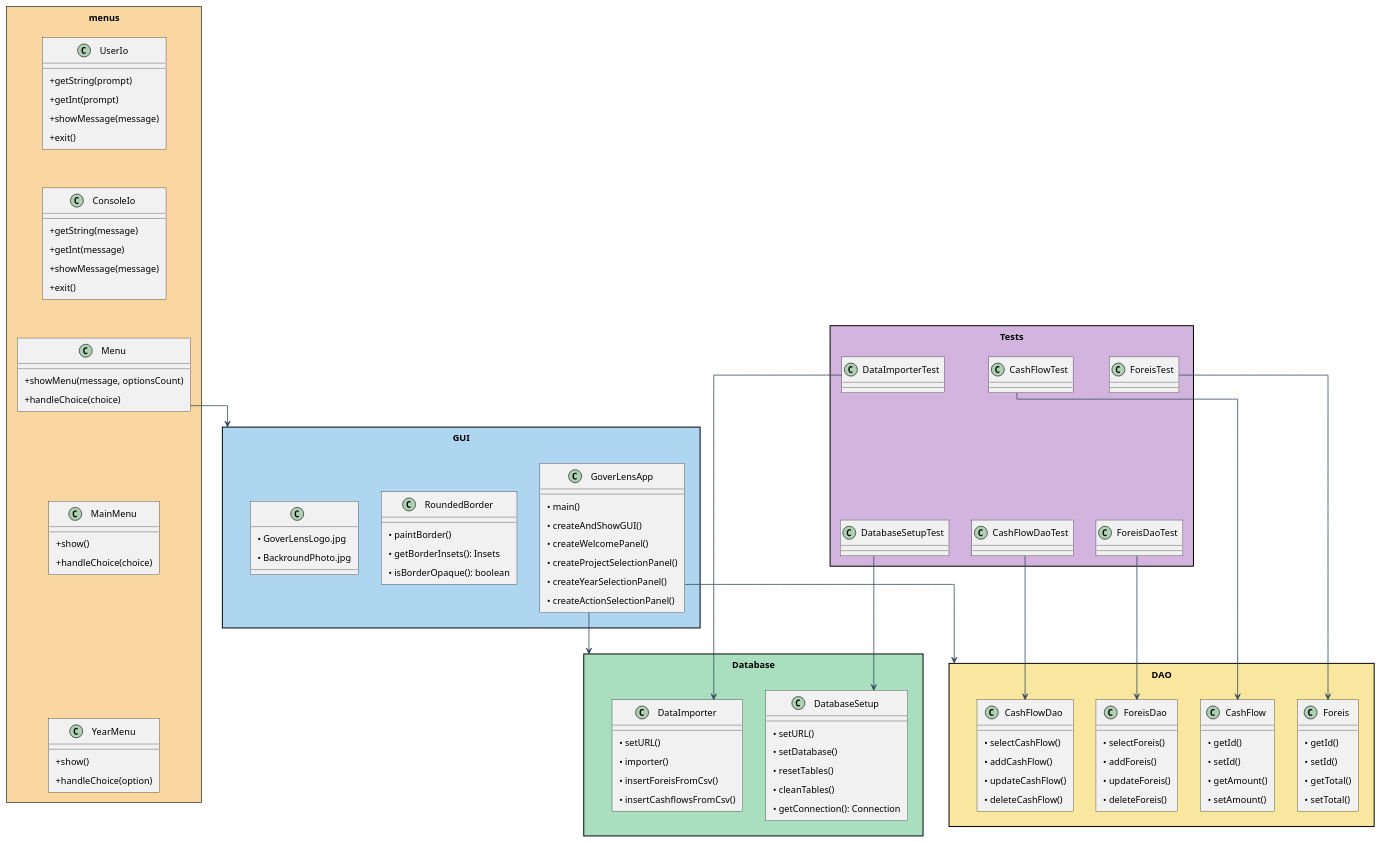
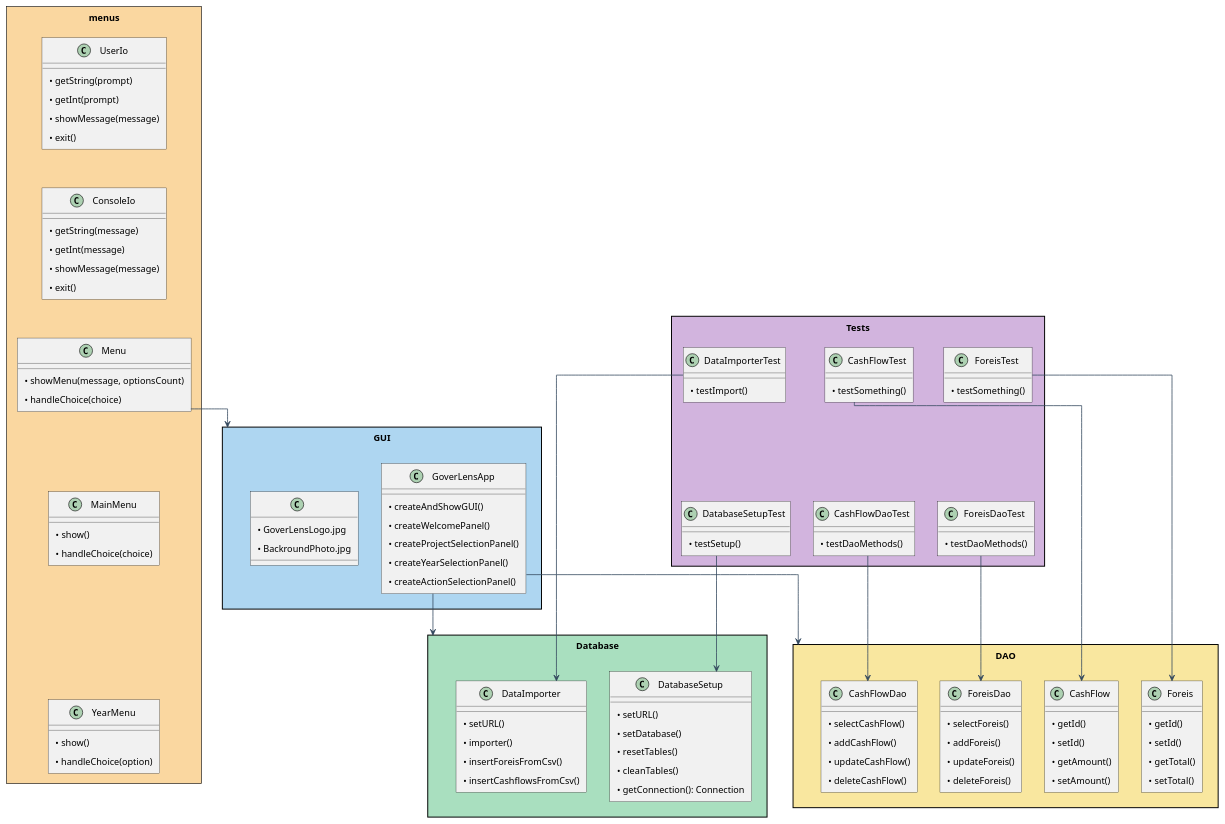
Before and after one commit to FilothodorosChristos/404_NOT_FOUND: the diagram in project_diagram.puml, drawn with PlantUML. The commit also changed 2 other files, not shown here.

```diff
--- a/project_diagram.puml
+++ b/project_diagram.puml
@@ -1,151 +1,157 @@
 @startuml
 skinparam packageStyle rectangle
 skinparam roundcorner 0
 skinparam shadowing false
 skinparam ArrowColor #34495E
 skinparam ArrowThickness 1.2
 skinparam classFontSize 16
 skinparam defaultFontSize 14
 skinparam classAttributeIconSize 0
 skinparam tightVSpacing true
 skinparam linetype ortho
 
 ' ===== ΠΟΛΥ ΜΙΚΡΟ MENU ΠΑΝΩ ΠΑΝΩ =====
 skinparam padding 1
 skinparam packagePadding 1
 skinparam packageMargin 1
 rectangle "menus" #FAD7A0 {
     class UserIo {
-        + getString(prompt)
-        + getInt(prompt)
-        + showMessage(message)
-        + exit()
+        • getString(prompt)
+        • getInt(prompt)
+        • showMessage(message)
+        • exit()
     }
     class ConsoleIo {
-        + getString(message)
-        + getInt(message)
-        + showMessage(message)
-        + exit()
+        • getString(message)
+        • getInt(message)
+        • showMessage(message)
+        • exit()
     }
     class Menu {
-        + showMenu(message, optionsCount)
-        + handleChoice(choice)
+        • showMenu(message, optionsCount)
+        • handleChoice(choice)
     }
     class MainMenu {
-        + show()
-        + handleChoice(choice)
+        • show()
+        • handleChoice(choice)
     }
     class YearMenu {
-        + show()
-        + handleChoice(option)
+        • show()
+        • handleChoice(option)
     }
 
     ' Κοντά μεταξύ τους
     UserIo -[hidden]-> ConsoleIo
     ConsoleIo -[hidden]-> Menu
     Menu -[hidden]-> MainMenu
     MainMenu -[hidden]-> YearMenu
 }
 
 ' ===== GUI =====
 skinparam padding 5
 skinparam packagePadding 10
 skinparam packageMargin 10
 package "GUI" #AED6F1 {
     class GoverLensApp {
-        • main()
         • createAndShowGUI()
         • createWelcomePanel()
         • createProjectSelectionPanel()
         • createYearSelectionPanel()
         • createActionSelectionPanel()
-    }
-
-    class RoundedBorder {
-        • paintBorder()
-        • getBorderInsets(): Insets
-        • isBorderOpaque(): boolean
     }
 
     class ImagePanelHelper as " " {
         • GoverLensLogo.jpg
         • BackroundPhoto.jpg
     }
 }
 
 ' ===== DAO =====
 package "DAO" #F9E79F {
     class CashFlow {
         • getId()
         • setId()
         • getAmount()
         • setAmount()
     }
 
     class CashFlowDao {
         • selectCashFlow()
         • addCashFlow()
         • updateCashFlow()
         • deleteCashFlow()
     }
 
     class Foreis {
         • getId()
         • setId()
         • getTotal()
         • setTotal()
     }
 
     class ForeisDao {
         • selectForeis()
         • addForeis()
         • updateForeis()
         • deleteForeis()
     }
 }
 
 ' ===== Database =====
 package "Database" #A9DFBF {
     class DatabaseSetup {
         • setURL()
         • setDatabase()
         • resetTables()
         • cleanTables()
         • getConnection(): Connection
     }
 
     class DataImporter {
         • setURL()
         • importer()
         • insertForeisFromCsv()
         • insertCashflowsFromCsv()
     }
 }
 
 ' ===== TESTS =====
 package "Tests" #D2B4DE {
-    class CashFlowTest
-    class CashFlowDaoTest
-    class ForeisTest
-    class ForeisDaoTest
-    class DataImporterTest
-    class DatabaseSetupTest
+    class CashFlowTest {
+        • testSomething()
+    }
+    class CashFlowDaoTest {
+        • testDaoMethods()
+    }
+    class ForeisTest {
+        • testSomething()
+    }
+    class ForeisDaoTest {
+        • testDaoMethods()
+    }
+    class DataImporterTest {
+        • testImport()
+    }
+    class DatabaseSetupTest {
+        • testSetup()
+    }
 }
 
 ' ===== ΟΜΑΔΟΠΟΙΗΣΗ ΓΙΑ COMPACT =====
 CashFlowTest -[hidden]-> CashFlowDaoTest
 ForeisTest -[hidden]-> ForeisDaoTest
 DataImporterTest -[hidden]-> DatabaseSetupTest
 
 ' ===== ΣΥΝΔΕΣΕΙΣ =====
 Menu --> GUI
 GoverLensApp --> DAO
 GoverLensApp --> Database
 
 CashFlowTest --> CashFlow
 CashFlowDaoTest --> CashFlowDao
 ForeisTest --> Foreis
 ForeisDaoTest --> ForeisDao
 DataImporterTest --> DataImporter
 DatabaseSetupTest --> DatabaseSetup
+
 @enduml
```
